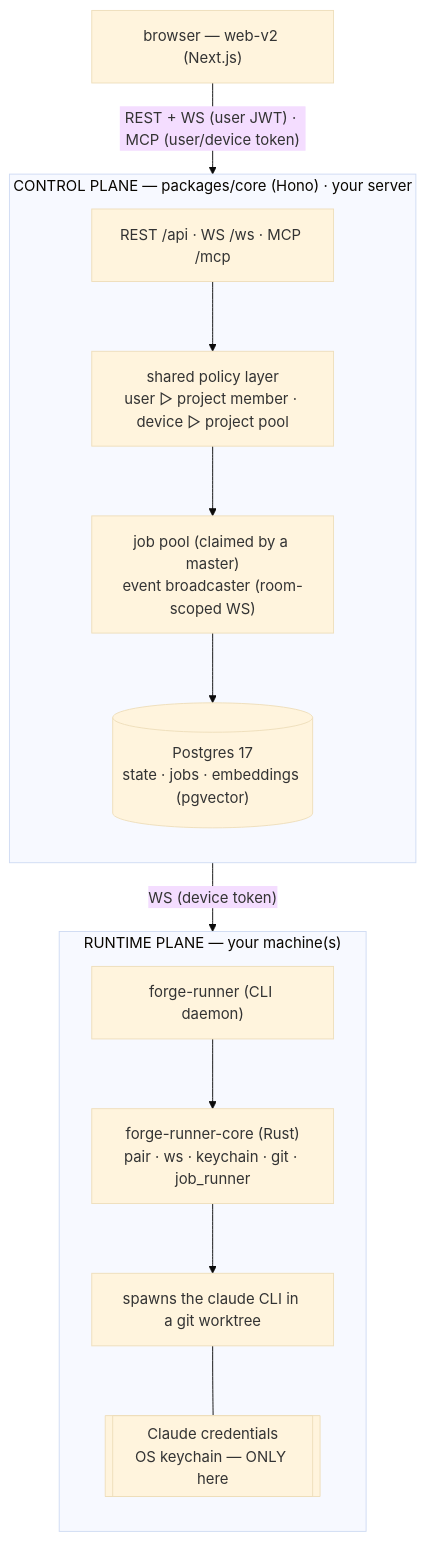
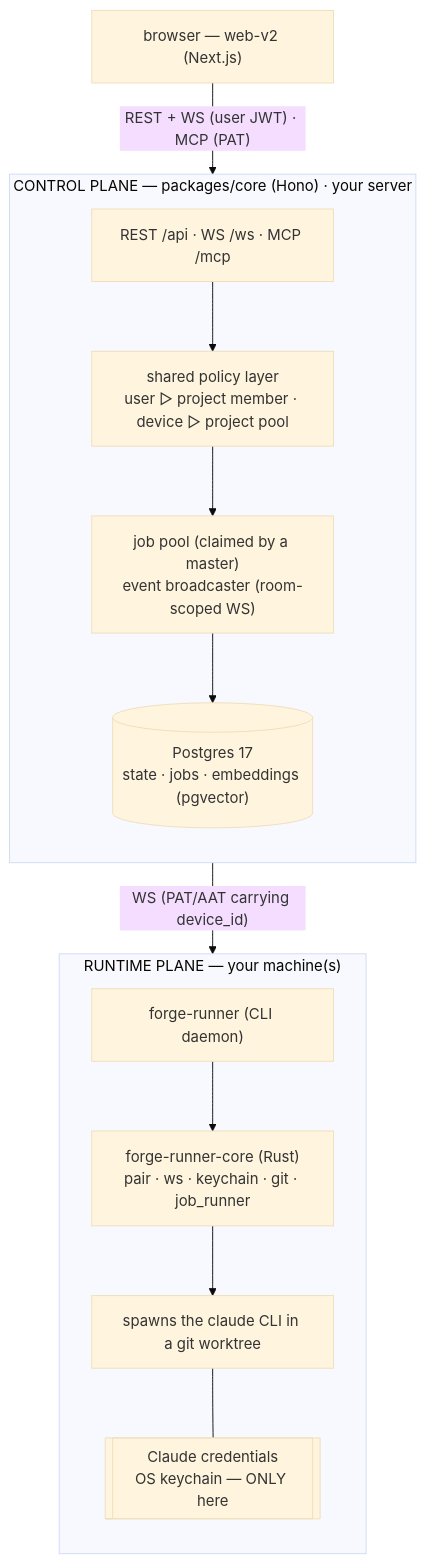
The diagram in docs/architecture/system-overview.md (SidCorp-co/forge), drawn with Mermaid (base theme) before and after one commit. The commit also changed 84 other files, not shown here.

````diff
--- a/docs/architecture/system-overview.md
+++ b/docs/architecture/system-overview.md
@@ -14,25 +14,25 @@
 ```mermaid
 flowchart TB
   B["browser — web-v2 (Next.js)"]
 
   subgraph CP["CONTROL PLANE — packages/core (Hono) · your server"]
     direction TB
     E["REST /api · WS /ws · MCP /mcp"]
     P["shared policy layer<br/>user ▷ project member · device ▷ project pool"]
     D["job pool (claimed by a master)<br/>event broadcaster (room-scoped WS)"]
     DB[("Postgres 17<br/>state · jobs · embeddings (pgvector)")]
     E --> P --> D --> DB
   end
 
   subgraph RP["RUNTIME PLANE — your machine(s)"]
     direction TB
     R["forge-runner (CLI daemon)"]
     RC["forge-runner-core (Rust)<br/>pair · ws · keychain · git · job_runner"]
     C["spawns the claude CLI in a git worktree"]
     K[["Claude credentials<br/>OS keychain — ONLY here"]]
     R --> RC --> C --- K
   end
 
-  B -- "REST + WS (user JWT) · MCP (user/device token)" --> E
-  D -- "WS (device token)" --> R
+  B -- "REST + WS (user JWT) · MCP (PAT)" --> E
+  D -- "WS (PAT/AAT carrying device_id)" --> R
 ```
````
